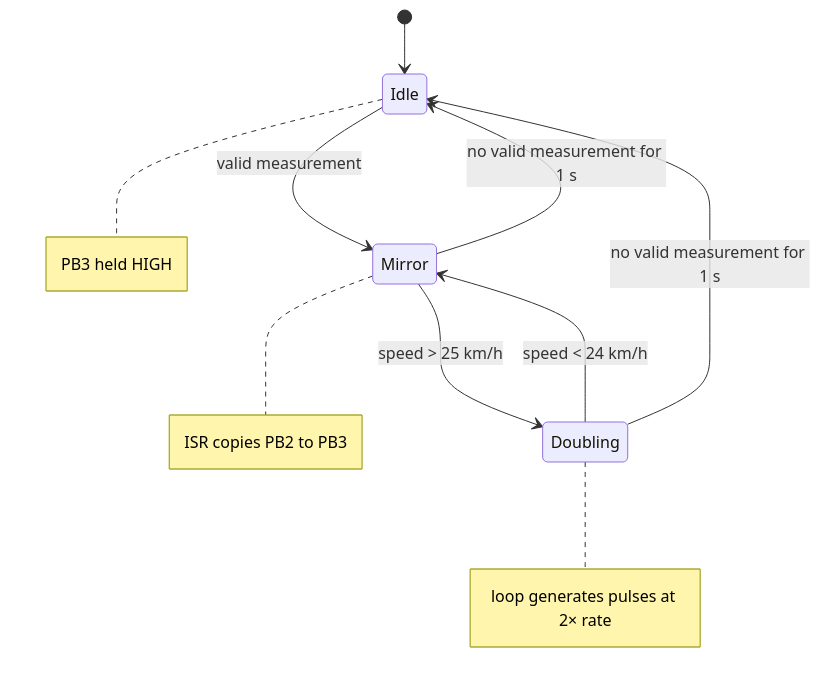
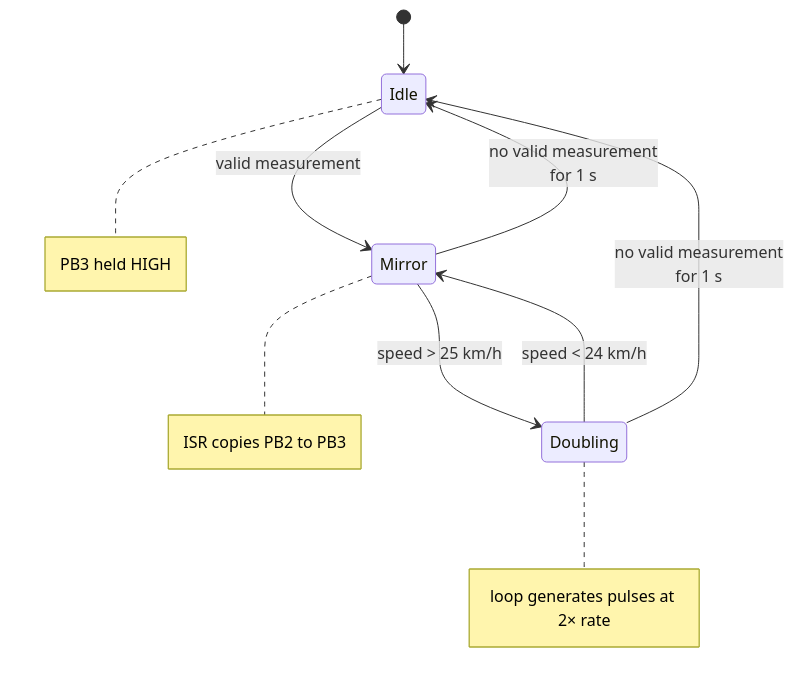
One commit to Haddley/haddley.github.io changed the fourth of 5 diagrams in content/attiny2.md. Above: the diagram before and after it, drawn with Mermaid. The commit also changed 26 other files, not shown here.

````diff
--- a/content/attiny2.md
+++ b/content/attiny2.md
@@ -248,12 +248,12 @@
 ```mermaid
 stateDiagram-v2
     [*] --> Idle
     Idle --> Mirror : valid measurement
     Mirror --> Doubling : speed > 25 km/h
     Doubling --> Mirror : speed < 24 km/h
-    Mirror --> Idle : no valid measurement for 1 s
-    Doubling --> Idle : no valid measurement for 1 s
+    Mirror --> Idle : no valid measurement<br/>for 1 s
+    Doubling --> Idle : no valid measurement<br/>for 1 s
     note right of Idle : PB3 held HIGH
     note right of Mirror : ISR copies PB2 to PB3
     note right of Doubling : loop generates pulses at 2× rate
 ```
````
